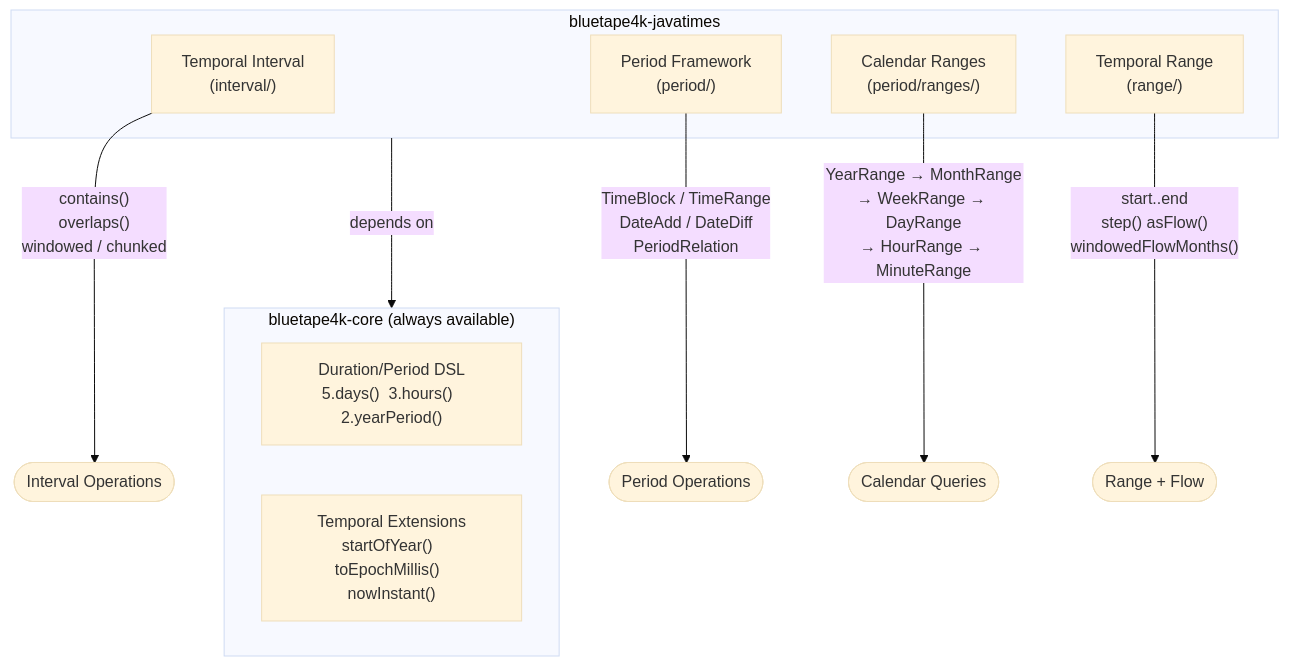
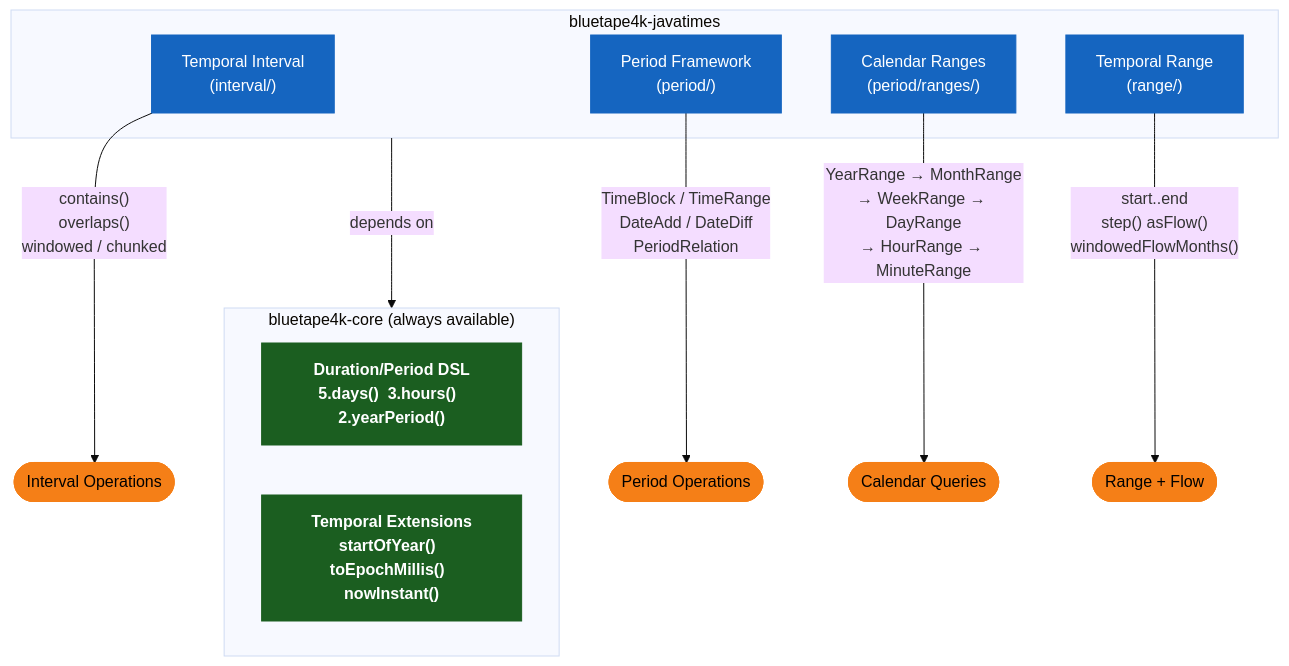
Before and after one commit to bluetape4k/bluetape4k-projects: the first of 3 diagrams in utils/javatimes/README.md, drawn with Mermaid (base theme). The commit also changed other lines of this file and 221 other files, not shown here.

First line of the commit message:
docs: 전체 모듈 README UML 다이어그램 보강 및 색상 업그레이드

````diff
--- a/utils/javatimes/README.md
+++ b/utils/javatimes/README.md
@@ -14,21 +14,31 @@
 ```mermaid
 flowchart TD
     subgraph CORE["bluetape4k-core (always available)"]
         DSL["Duration/Period DSL\n5.days()  3.hours()  2.yearPeriod()"]
         EXT["Temporal Extensions\nstartOfYear()  toEpochMillis()  nowInstant()"]
     end
 
     subgraph JT["bluetape4k-javatimes"]
         INT["Temporal Interval\n(interval/)"]
         PER["Period Framework\n(period/)"]
         CAL["Calendar Ranges\n(period/ranges/)"]
         RNG["Temporal Range\n(range/)"]
     end
 
     JT -->|depends on| CORE
 
     INT --> |"contains()\noverlaps()\nwindowed / chunked"| IntOp(["Interval Operations"])
     PER --> |"TimeBlock / TimeRange\nDateAdd / DateDiff\nPeriodRelation"| PerOp(["Period Operations"])
     CAL --> |"YearRange → MonthRange\n→ WeekRange → DayRange\n→ HourRange → MinuteRange"| CalOp(["Calendar Queries"])
     RNG --> |"start..end\nstep()  asFlow()\nwindowedFlowMonths()"| RngOp(["Range + Flow"])
+
+    classDef coreStyle fill:#1B5E20,stroke:#1B5E20,color:#FFFFFF,font-weight:bold
+    classDef serviceStyle fill:#1565C0,stroke:#1565C0,color:#FFFFFF
+    classDef utilStyle fill:#E65100,stroke:#E65100,color:#FFFFFF
+    classDef asyncStyle fill:#6A1B9A,stroke:#6A1B9A,color:#FFFFFF
+    classDef dataStyle fill:#F57F17,stroke:#F57F17,color:#000000
+
+    class DSL,EXT coreStyle
+    class INT,PER,CAL,RNG serviceStyle
+    class IntOp,PerOp,CalOp,RngOp dataStyle
 ```
````
